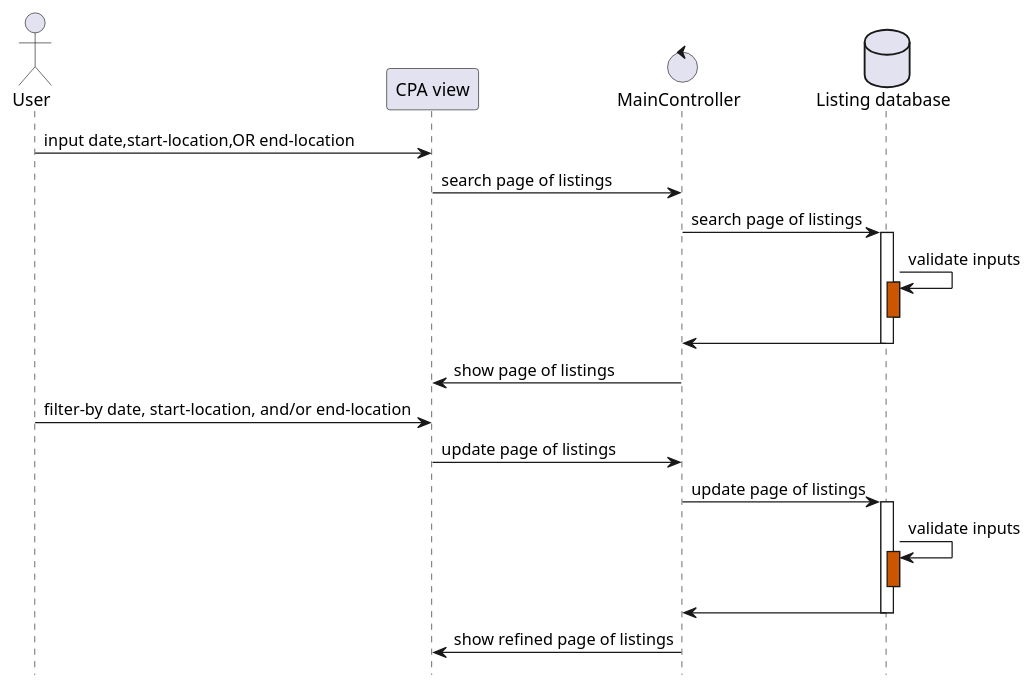
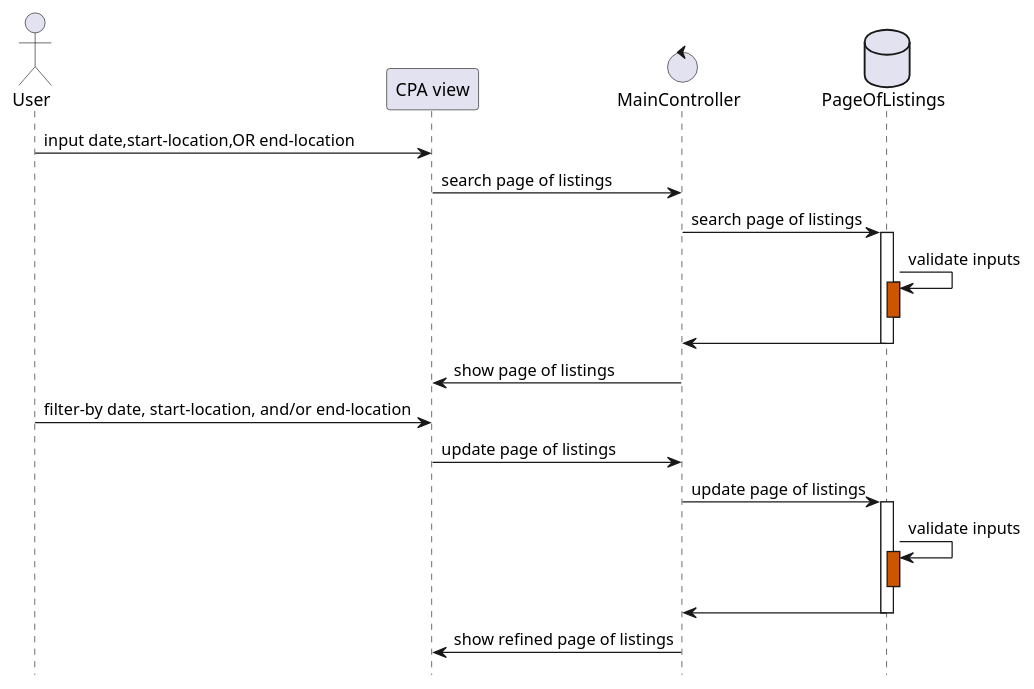
Before and after one commit to PriyaMulla/Carpool-Connect-VC: the fourth of 5 diagrams in doc/design.md, drawn with PlantUML. The commit also changed other lines of this file, not shown here.

Commit message:
Edited class diagram

````diff
--- a/doc/design.md
+++ b/doc/design.md
@@ -125,43 +125,43 @@
 ```plantuml
 @startuml
 hide footbox
 
 'ACTORS
 actor "User" as user
 participant "CPA view" as system
 control "MainController" as controller
-database "Listing database" as ldatabase
+database "PageOfListings" as ldatabase
 
 'ACTIONS
 user -> system : input date,start-location,OR end-location 
 system -> controller : search page of listings
 controller -> ldatabase : search page of listings
 
 
 activate ldatabase
 
 ldatabase -> ldatabase : validate inputs
 activate ldatabase #CC5500
 
 deactivate ldatabase
 ldatabase -> controller
 deactivate ldatabase
 
 controller -> system : show page of listings
 
 user -> system : filter-by date, start-location, and/or end-location
 system -> controller : update page of listings
 controller -> ldatabase :  update page of listings
 
 activate ldatabase
 
 ldatabase -> ldatabase : validate inputs
 activate ldatabase #CC5500
 
 deactivate ldatabase
 ldatabase -> controller
 deactivate ldatabase
 
 controller -> system : show refined page of listings
 @enduml
 ```
````
